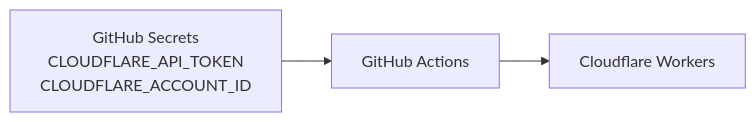
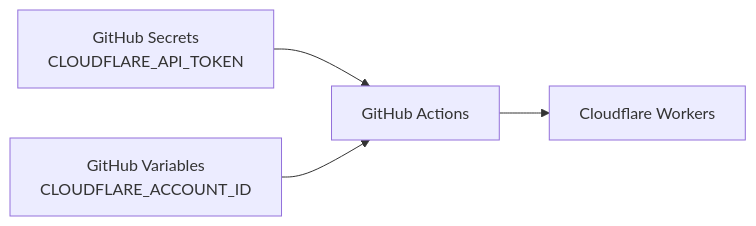
Before and after one commit to Rerurate514/riebeckite: the diagram in docs/docs/guides/deployment/github-actions/setup.ja.md, drawn with Mermaid. The commit also changed other lines of this file and 62 other files, not shown here.

````diff
--- a/docs/docs/guides/deployment/github-actions/setup.ja.md
+++ b/docs/docs/guides/deployment/github-actions/setup.ja.md
@@ -172,9 +174,11 @@
-```mermaid id="ngbty6"
+```mermaid
 flowchart LR
-    Secrets["GitHub Secrets<br/>CLOUDFLARE_API_TOKEN<br/>CLOUDFLARE_ACCOUNT_ID"]
+    Secrets["GitHub Secrets<br/>CLOUDFLARE_API_TOKEN"]
+    Variables["GitHub Variables<br/>CLOUDFLARE_ACCOUNT_ID"]
     Actions["GitHub Actions"]
     Cloudflare["Cloudflare Workers"]
 
     Secrets --> Actions
+    Variables --> Actions
     Actions --> Cloudflare
 ```
````
